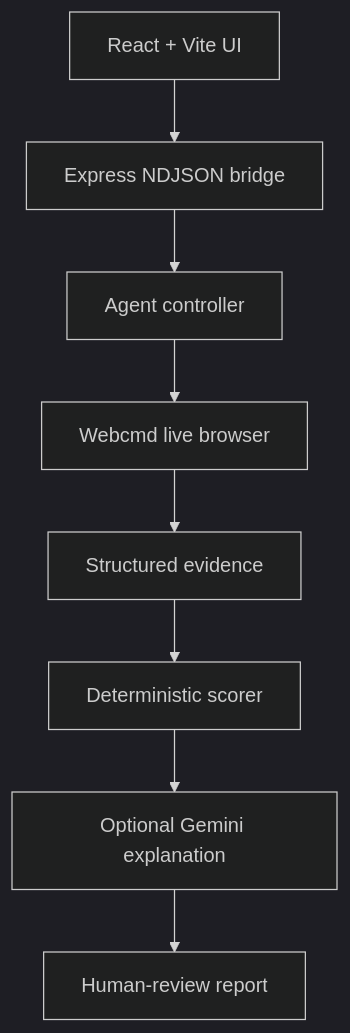
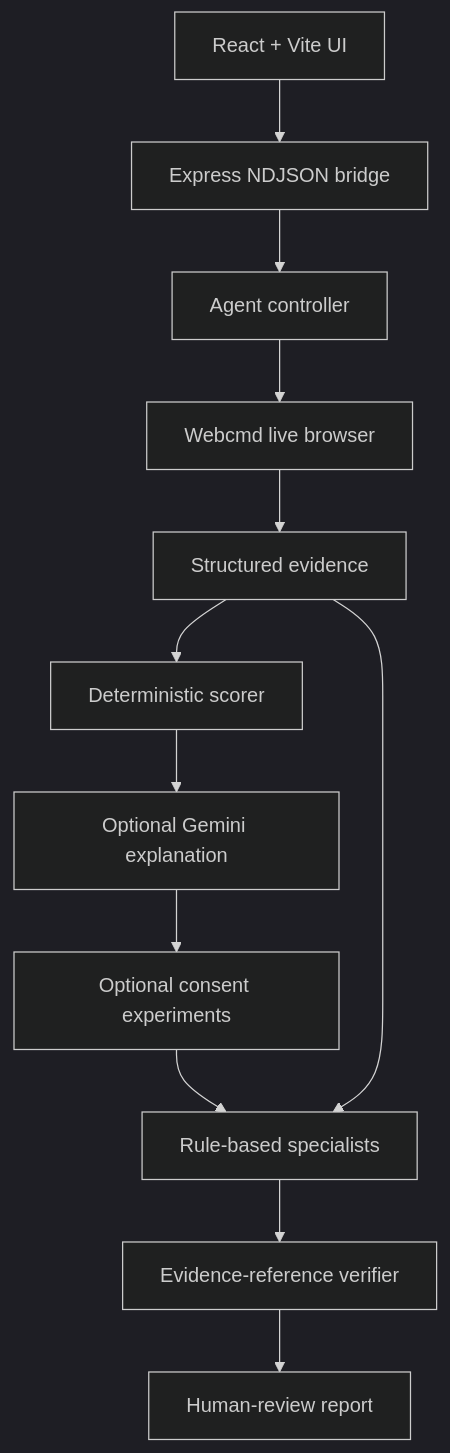
One commit to 6289subhasree/prism-agent changed the second of 2 diagrams in README.md. Above: the diagram before and after it, drawn with Mermaid (dark theme). The commit also changed other lines of this file and 8 other files, not shown here.

Commit message:
Integrate verified specialist findings into workflow progress and report evidence details

````diff
--- a/README.md
+++ b/README.md
@@ -57,10 +60,14 @@
 ```mermaid
 flowchart TD
     UI["React + Vite UI"] --> API["Express NDJSON bridge"]
     API --> CTRL["Agent controller"]
     CTRL --> WC["Webcmd live browser"]
     WC --> EVID["Structured evidence"]
     EVID --> SCORE["Deterministic scorer"]
     SCORE --> EXPLAIN["Optional Gemini explanation"]
-    EXPLAIN --> REPORT["Human-review report"]
+    EXPLAIN --> CONSENT["Optional consent experiments"]
+    CONSENT --> SPECIALISTS["Rule-based specialists"]
+    EVID --> SPECIALISTS
+    SPECIALISTS --> VERIFY["Evidence-reference verifier"]
+    VERIFY --> REPORT["Human-review report"]
 ```
````
